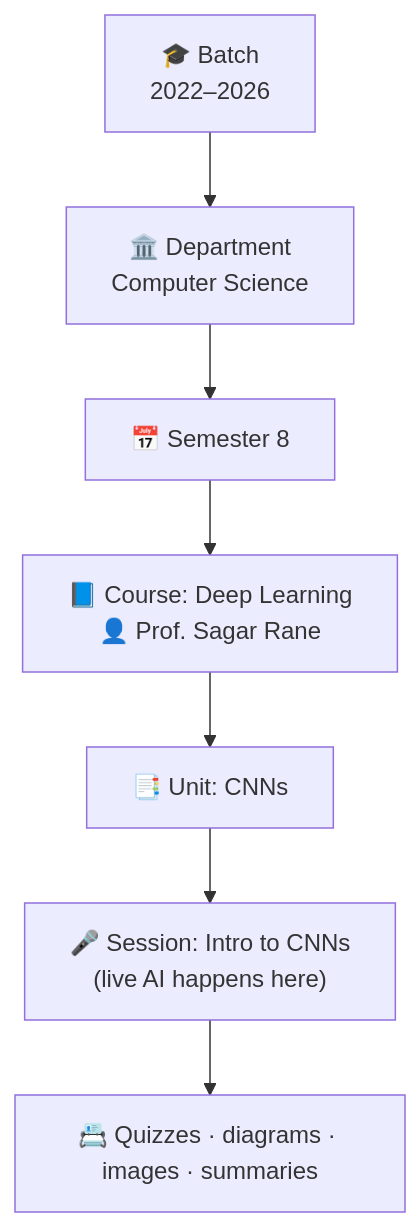
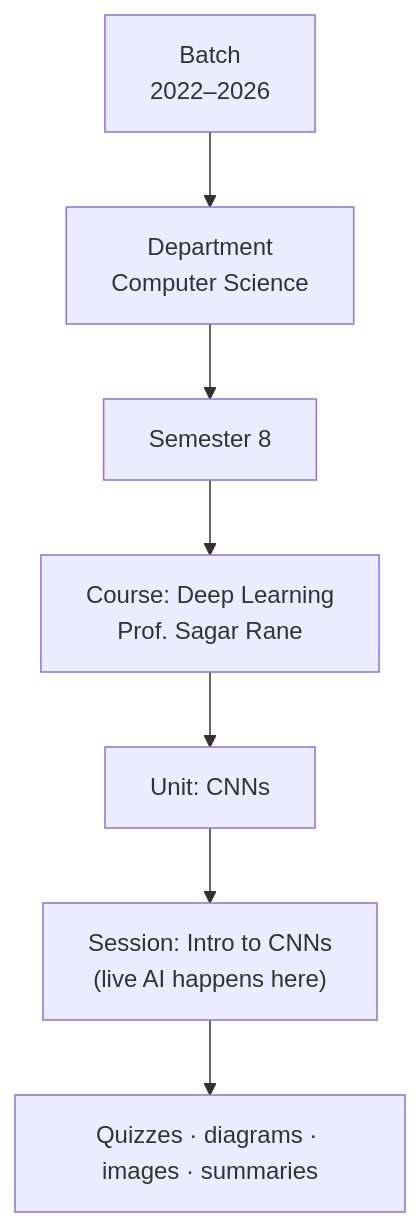
The fourth of 5 diagrams in README.md (Andromeda0007/Aura), drawn with Mermaid before and after one commit. The commit also changed other lines of this file, not shown here.

First line of the commit message:
docs(readme): remove emojis, add architecture mermaid diagram + live demo URLs

````diff
--- a/README.md
+++ b/README.md
@@ -216,9 +234,9 @@
 ```mermaid
 flowchart TD
-    B["🎓 Batch<br/>2022–2026"] --> D["🏛️ Department<br/>Computer Science"]
-    D --> S["📅 Semester 8"]
-    S --> C["📘 Course: Deep Learning<br/>👤 Prof. Sagar Rane"]
-    C --> U["📑 Unit: CNNs"]
-    U --> SE["🎤 Session: Intro to CNNs<br/>(live AI happens here)"]
-    SE --> ART["📇 Quizzes · diagrams · images · summaries"]
+    B["Batch<br/>2022–2026"] --> D["Department<br/>Computer Science"]
+    D --> S["Semester 8"]
+    S --> C["Course: Deep Learning<br/>Prof. Sagar Rane"]
+    C --> U["Unit: CNNs"]
+    U --> SE["Session: Intro to CNNs<br/>(live AI happens here)"]
+    SE --> ART["Quizzes · diagrams · images · summaries"]
 ```
````
